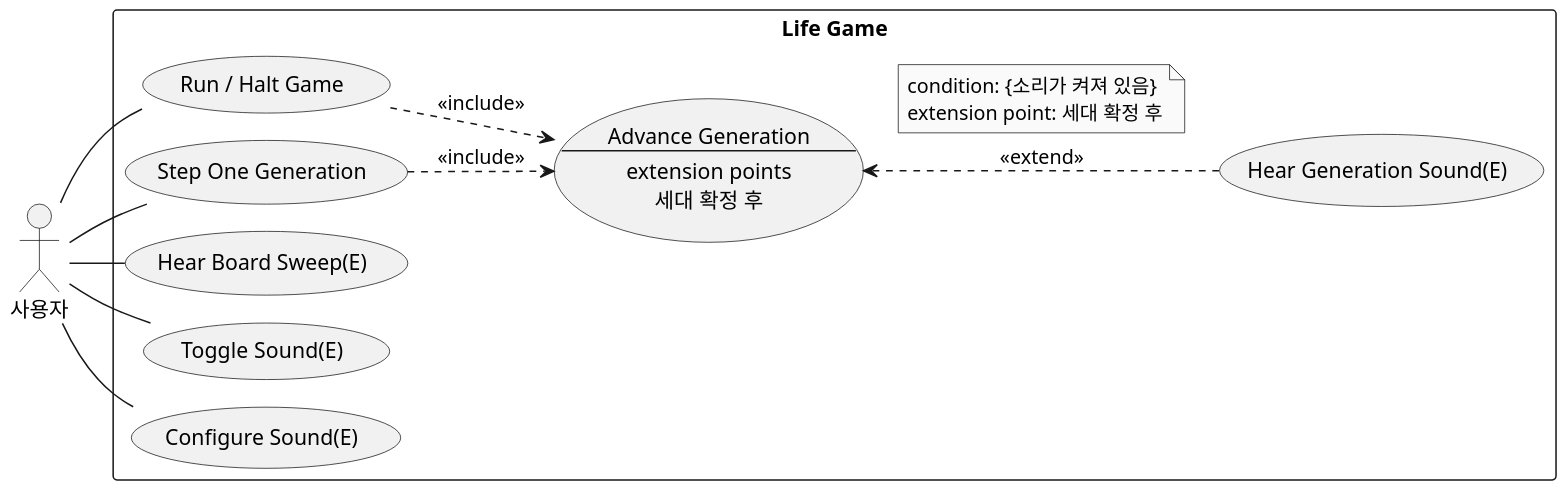
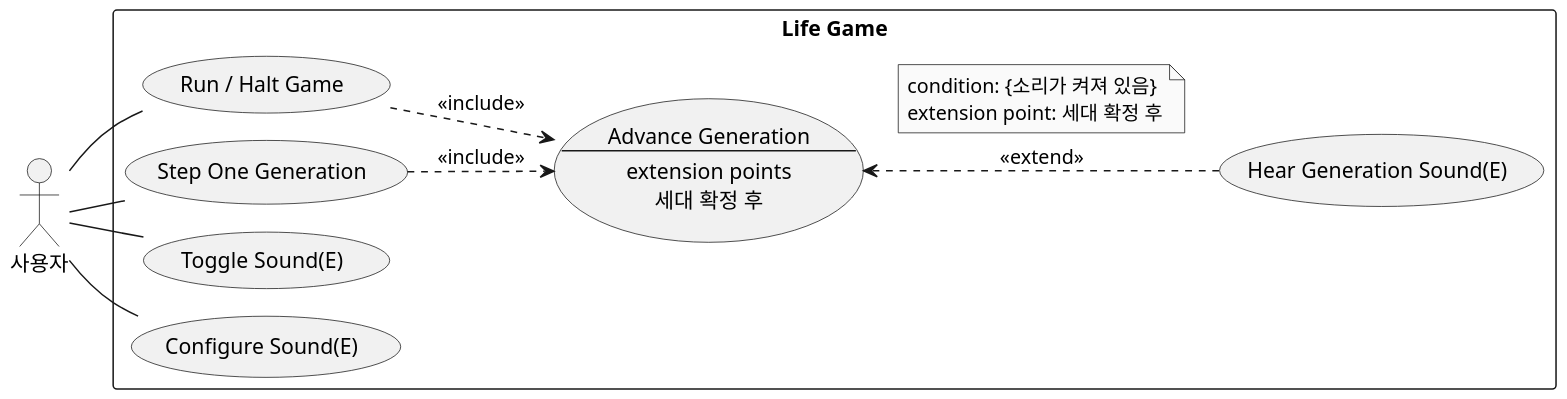
Before and after one commit to mckimR1972/DP_team_project: the diagram in docs/sound-effects/diagram/usecase.puml, drawn with PlantUML. The commit also changed 7 other files, not shown here.

First line of the commit message:
docs(sound): 유스케이스를 전체 유스케이스 다이어그램에 맞춤

```diff
--- a/docs/sound-effects/diagram/usecase.puml
+++ b/docs/sound-effects/diagram/usecase.puml
@@ -1,40 +1,38 @@
 @startuml usecase
 !pragma layout smetana
 skinparam monochrome true
 skinparam dpi 150
 skinparam shadowing false
 skinparam defaultFontName "Malgun Gothic"
 skinparam usecaseBackgroundColor #F1F1F1
 left to right direction
 
 actor "사용자" as User
 
 rectangle "Life Game" {
   usecase "Run / Halt Game" as Run
   usecase "Step One Generation" as Step
 
   usecase Adv as "Advance Generation
 --
 extension points
 세대 확정 후"
 
   usecase "Hear Generation Sound(E)" as Gen
-  usecase "Hear Board Sweep(E)" as Sweep
   usecase "Toggle Sound(E)" as Toggle
   usecase "Configure Sound(E)" as Config
 }
 
 User -- Run
 User -- Step
-User -- Sweep
 User -- Toggle
 User -- Config
 
 Run ..> Adv : <<include>>
 Step ..> Adv : <<include>>
 Adv <.. Gen : <<extend>>
 note top on link
   condition: {소리가 켜져 있음}
   extension point: 세대 확정 후
 end note
 @enduml
```
